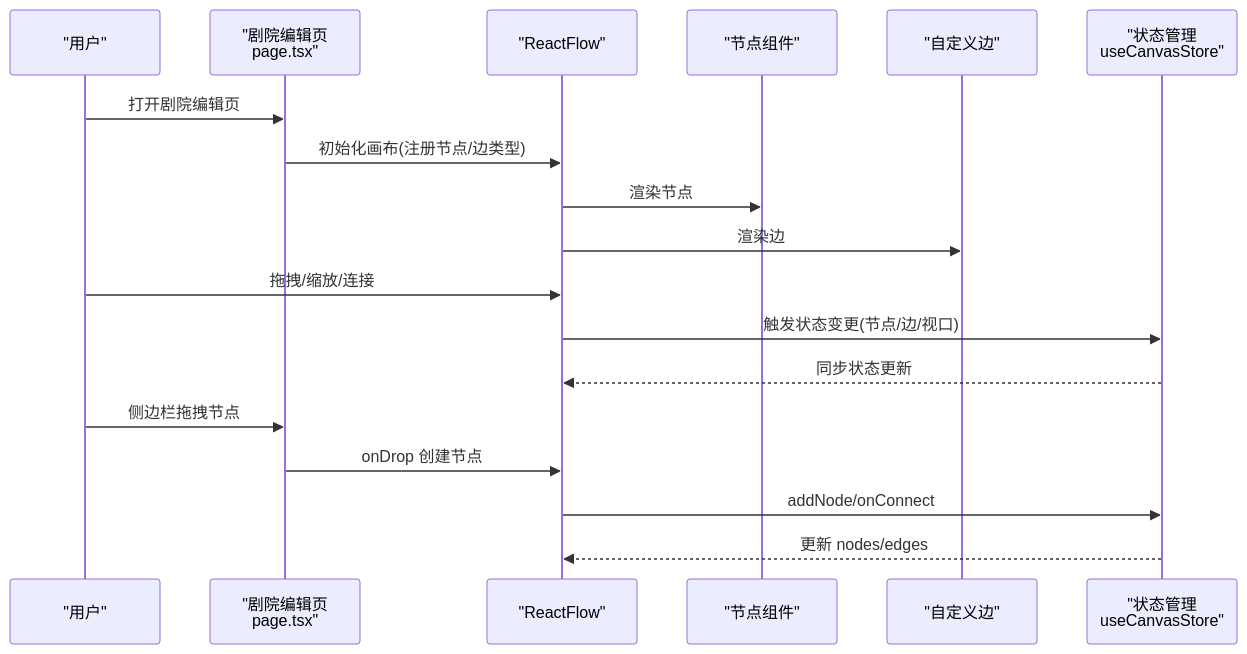
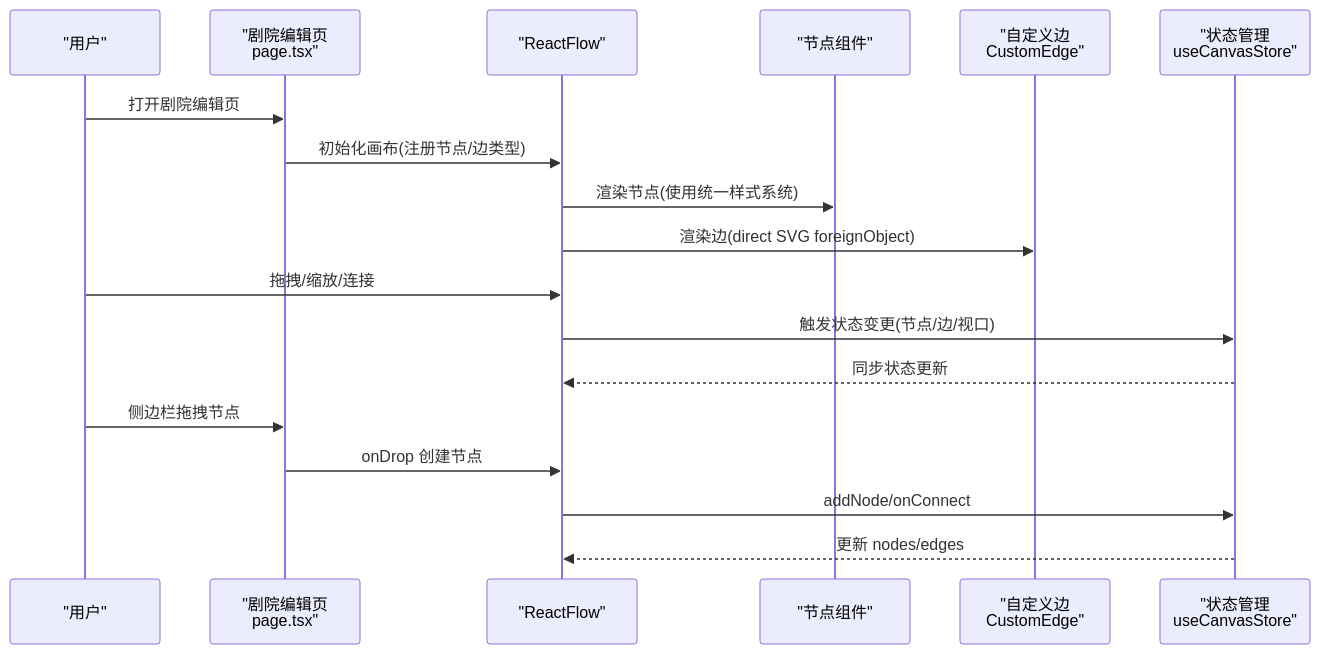
Before and after one commit to KunLabAI/KunFlix: the second of 8 diagrams in .qoder/repowiki/zh/content/前端应用架构/UI组件库/画布组件系统/画布组件系统.md, drawn with Mermaid. The commit also changed other lines of this file and 9 other files, not shown here.

````diff
--- a/.qoder/repowiki/zh/content/前端应用架构/UI组件库/画布组件系统/画布组件系统.md
+++ b/.qoder/repowiki/zh/content/前端应用架构/UI组件库/画布组件系统/画布组件系统.md
@@ -123,20 +135,20 @@
 ```mermaid
 sequenceDiagram
 participant U as "用户"
 participant P as "剧院编辑页<br/>page.tsx"
 participant RF as "ReactFlow"
 participant N as "节点组件"
-participant E as "自定义边"
+participant E as "自定义边<br/>CustomEdge"
 participant S as "状态管理<br/>useCanvasStore"
 U->>P : 打开剧院编辑页
 P->>RF : 初始化画布(注册节点/边类型)
-RF->>N : 渲染节点
-RF->>E : 渲染边
+RF->>N : 渲染节点(使用统一样式系统)
+RF->>E : 渲染边(direct SVG foreignObject)
 U->>RF : 拖拽/缩放/连接
 RF->>S : 触发状态变更(节点/边/视口)
 S-->>RF : 同步状态更新
 U->>P : 侧边栏拖拽节点
 P->>RF : onDrop 创建节点
 RF->>S : addNode/onConnect
 S-->>RF : 更新 nodes/edges
 ```
````
